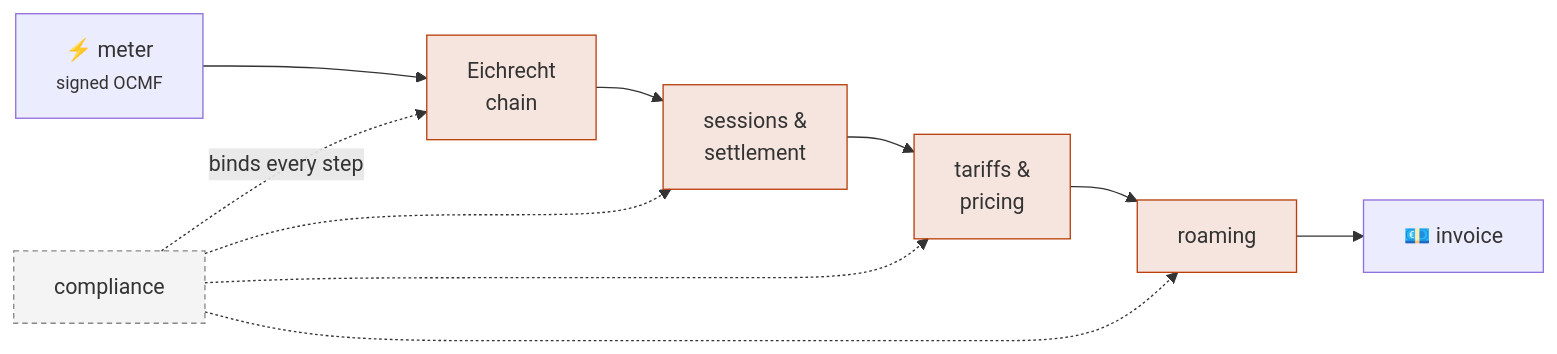
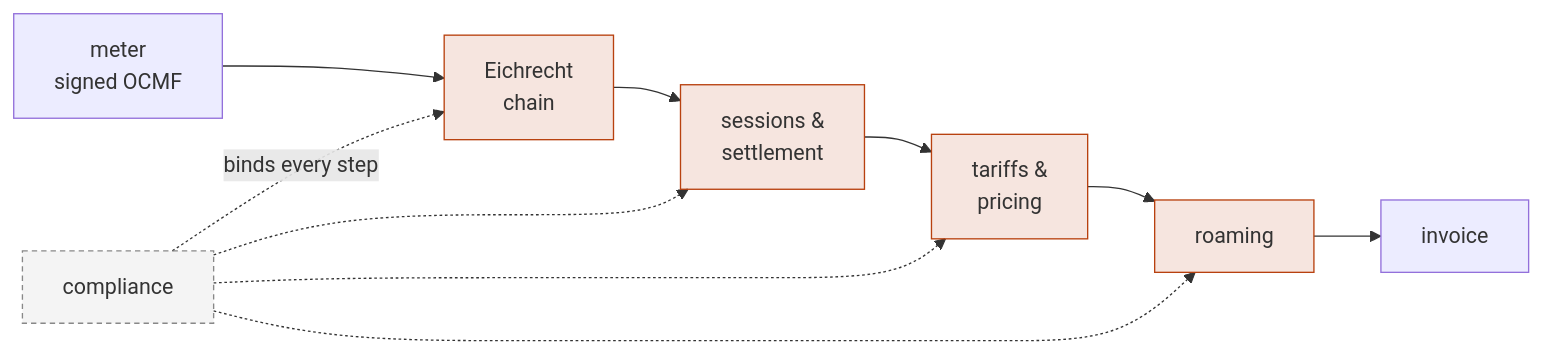
One commit to hupe1980/emob changed the diagram in site/content/docs/_index.md. Above: the diagram before and after it, drawn with Mermaid. The commit also changed 38 other files, not shown here.

````diff
--- a/site/content/docs/_index.md
+++ b/site/content/docs/_index.md
@@ -13,17 +13,17 @@
 ```mermaid
 flowchart LR
-    M["⚡ meter<br/><small>signed OCMF</small>"] --> E["Eichrecht<br/>chain"]
+    M["meter<br/>signed OCMF"] --> E["Eichrecht<br/>chain"]
     E --> S["sessions &<br/>settlement"]
     S --> T["tariffs &<br/>pricing"]
     T --> R["roaming"]
-    R --> INV["💶 invoice"]
+    R --> INV["invoice"]
     C["compliance"] -.->|binds every step| E
     C -.-> S
     C -.-> T
     C -.-> R
 
     classDef step fill:#b8410f22,stroke:#b8410f
     classDef rule fill:#88888818,stroke:#888,stroke-dasharray:4 3
     class E,S,T,R step
     class C rule
 ```
````
